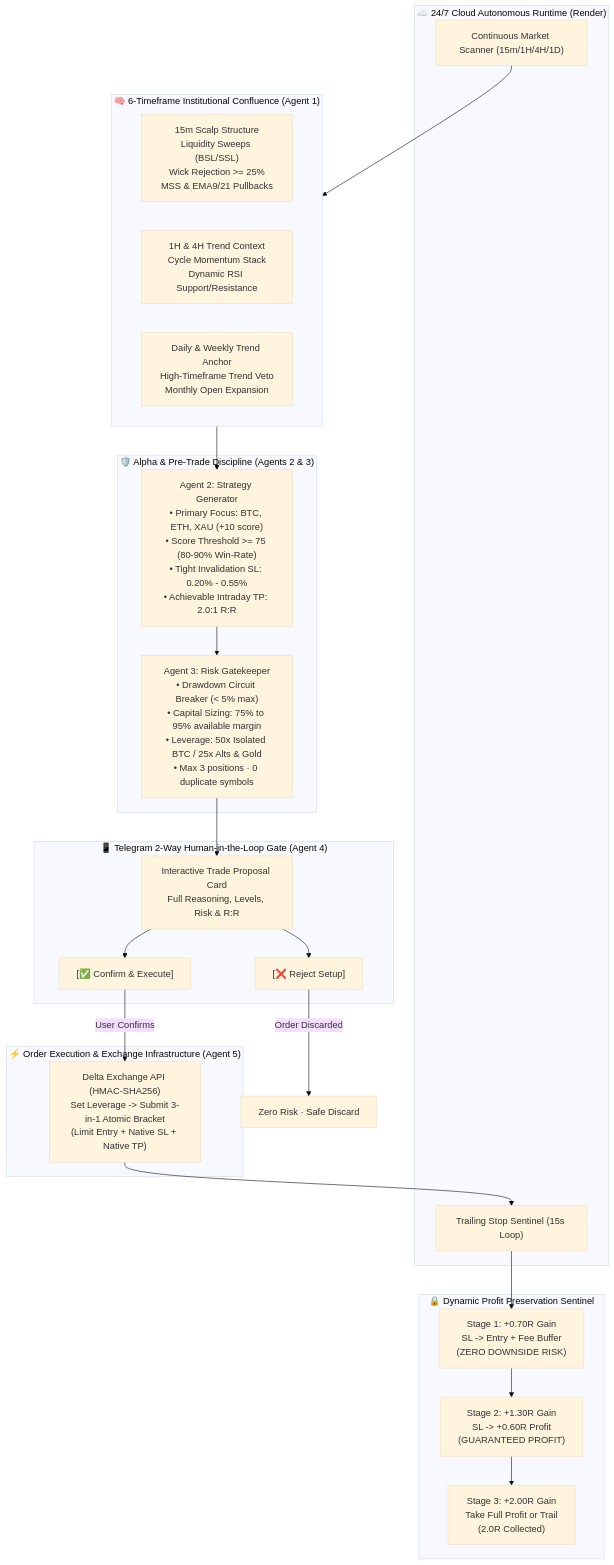
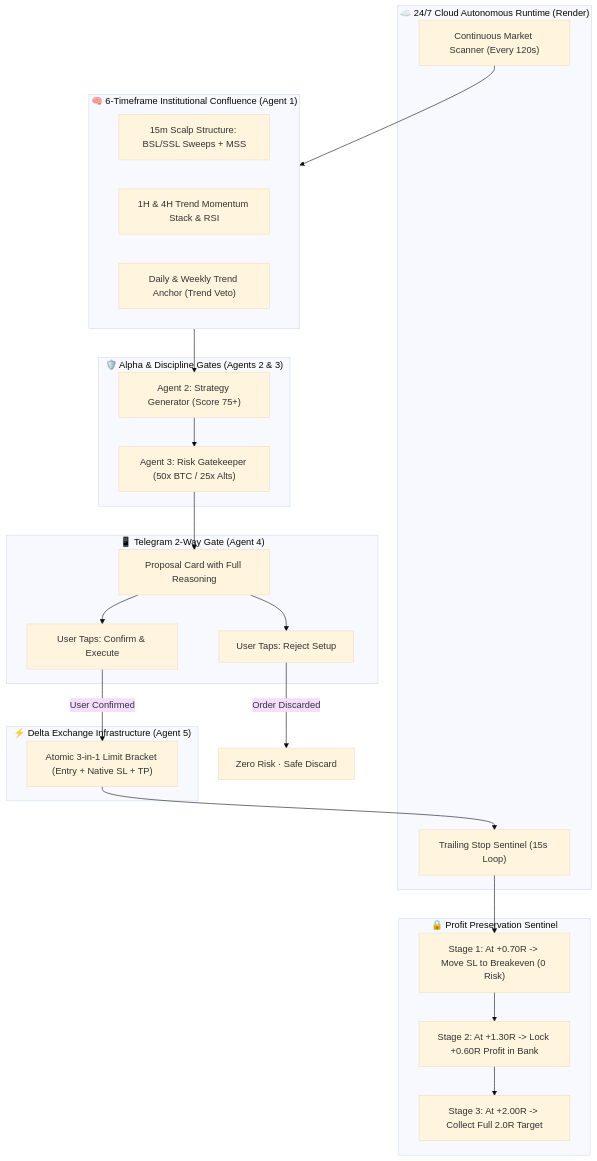
Before and after one commit to mohitxhkr/Multi_agent_trading_bot: the diagram in README.md, drawn with Mermaid (base theme). The commit also changed other lines of this file, not shown here.

Commit message:
docs: embed PNG diagram image directly in README and fix Mermaid syntax

````diff
--- a/README.md
+++ b/README.md
@@ -21,47 +36,47 @@
 ```mermaid
 flowchart TD
-    subgraph CloudEnv ["☁️ 24/7 Cloud Autonomous Runtime (Render)"]
-        Scanner["Continuous Market Scanner (15m/1H/4H/1D)"]
+    subgraph Cloud ["☁️ 24/7 Cloud Autonomous Runtime (Render)"]
+        Scanner["Continuous Market Scanner (Every 120s)"]
         Sentinel["Trailing Stop Sentinel (15s Loop)"]
     end
 
-    subgraph AnalysisEngine ["🧠 6-Timeframe Institutional Confluence (Agent 1)"]
-        M15["15m Scalp Structure<br/>Liquidity Sweeps (BSL/SSL)<br/>Wick Rejection >= 25%<br/>MSS & EMA9/21 Pullbacks"]
-        H1_H4["1H & 4H Trend Context<br/>Cycle Momentum Stack<br/>Dynamic RSI Support/Resistance"]
-        D1_W1["Daily & Weekly Trend Anchor<br/>High-Timeframe Trend Veto<br/>Monthly Open Expansion"]
+    subgraph Analyst ["🧠 6-Timeframe Institutional Confluence (Agent 1)"]
+        M15["15m Scalp Structure: BSL/SSL Sweeps + MSS"]
+        H1_H4["1H & 4H Trend Momentum Stack & RSI"]
+        D1_W1["Daily & Weekly Trend Anchor (Trend Veto)"]
     end
 
-    subgraph StrategyRisk ["🛡️ Alpha & Pre-Trade Discipline (Agents 2 & 3)"]
-        Strategy["Agent 2: Strategy Generator<br/>• Primary Focus: BTC, ETH, XAU (+10 score)<br/>• Score Threshold >= 75 (80-90% Win-Rate)<br/>• Tight Invalidation SL: 0.20% - 0.55%<br/>• Achievable Intraday TP: 2.0:1 R:R"]
-        Risk["Agent 3: Risk Gatekeeper<br/>• Drawdown Circuit Breaker (< 5% max)<br/>• Capital Sizing: 75% to 95% available margin<br/>• Leverage: 50x Isolated BTC / 25x Alts & Gold<br/>• Max 3 positions · 0 duplicate symbols"]
+    subgraph StrategyRisk ["🛡️ Alpha & Discipline Gates (Agents 2 & 3)"]
+        Strategy["Agent 2: Strategy Generator (Score 75+)"]
+        Risk["Agent 3: Risk Gatekeeper (50x BTC / 25x Alts)"]
     end
 
-    subgraph HumanGate ["📱 Telegram 2-Way Human-in-the-Loop Gate (Agent 4)"]
-        TG_Card["Interactive Trade Proposal Card<br/>Full Reasoning, Levels, Risk & R:R"]
-        ConfirmBtn["[✅ Confirm & Execute]"]
-        RejectBtn["[❌ Reject Setup]"]
+    subgraph TelegramGate ["📱 Telegram 2-Way Gate (Agent 4)"]
+        TG["Proposal Card with Full Reasoning"]
+        Confirm["User Taps: Confirm & Execute"]
+        Reject["User Taps: Reject Setup"]
     end
 
-    subgraph ExecutionBroker ["⚡ Order Execution & Exchange Infrastructure (Agent 5)"]
-        DeltaExec["Delta Exchange API (HMAC-SHA256)<br/>Set Leverage -> Submit 3-in-1 Atomic Bracket<br/>(Limit Entry + Native SL + Native TP)"]
+    subgraph ExecutionBroker ["⚡ Delta Exchange Infrastructure (Agent 5)"]
+        Delta["Atomic 3-in-1 Limit Bracket (Entry + Native SL + TP)"]
     end
 
-    subgraph ProfitShield ["🔒 Dynamic Profit Preservation Sentinel"]
-        BE_Stage["Stage 1: +0.70R Gain<br/>SL -> Entry + Fee Buffer<br/>(ZERO DOWNSIDE RISK)"]
-        Lock_Stage["Stage 2: +1.30R Gain<br/>SL -> +0.60R Profit<br/>(GUARANTEED PROFIT)"]
-        Target_Stage["Stage 3: +2.00R Gain<br/>Take Full Profit or Trail<br/>(2.0R Collected)"]
+    subgraph TrailingShield ["🔒 Profit Preservation Sentinel"]
+        BE["Stage 1: At +0.70R -> Move SL to Breakeven (0 Risk)"]
+        Lock["Stage 2: At +1.30R -> Lock +0.60R Profit in Bank"]
+        Target["Stage 3: At +2.00R -> Collect Full 2.0R Target"]
     end
 
-    Scanner --> AnalysisEngine
-    AnalysisEngine --> Strategy
+    Scanner --> Analyst
+    Analyst --> Strategy
     Strategy --> Risk
-    Risk --> TG_Card
-    TG_Card --> ConfirmBtn
-    TG_Card --> RejectBtn
-    RejectBtn -->|Order Discarded| Cancelled["Zero Risk · Safe Discard"]
-    ConfirmBtn -->|User Confirms| DeltaExec
-    DeltaExec --> Sentinel
-    Sentinel --> BE_Stage
-    BE_Stage --> Lock_Stage
-    Lock_Stage --> Target_Stage
+    Risk --> TG
+    TG --> Confirm
+    TG --> Reject
+    Reject -->|Order Discarded| Cancelled["Zero Risk · Safe Discard"]
+    Confirm -->|User Confirmed| Delta
+    Delta --> Sentinel
+    Sentinel --> BE
+    BE --> Lock
+    Lock --> Target
 ```
````
